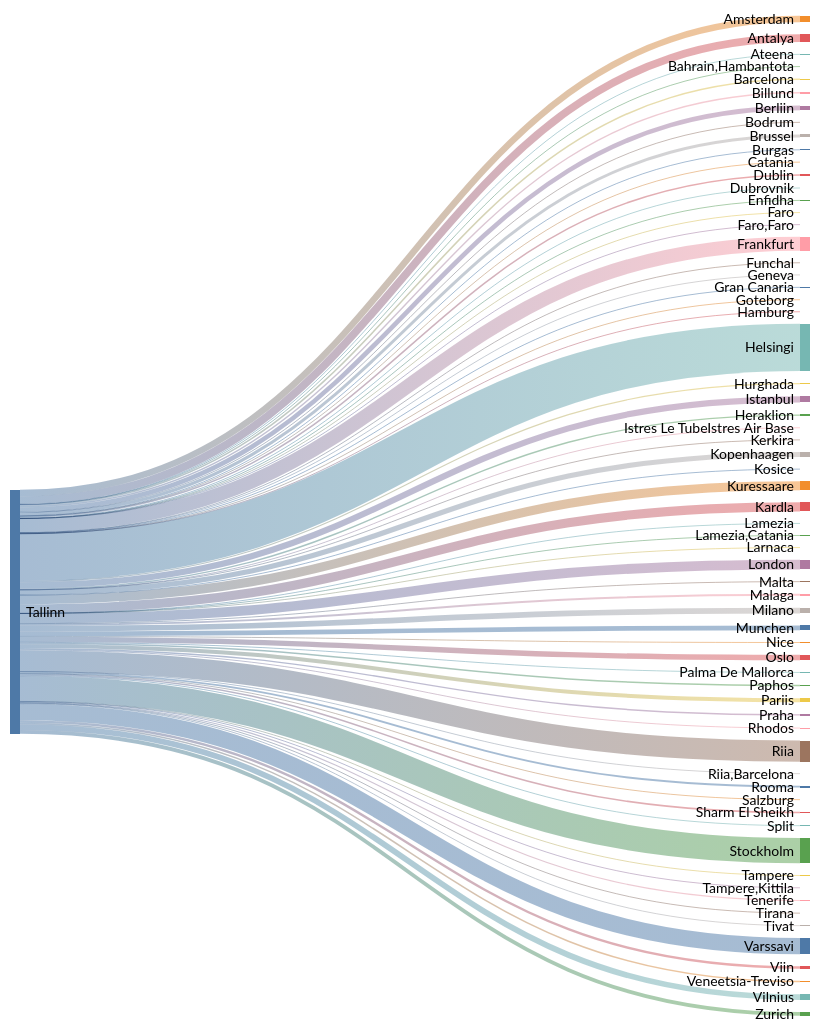
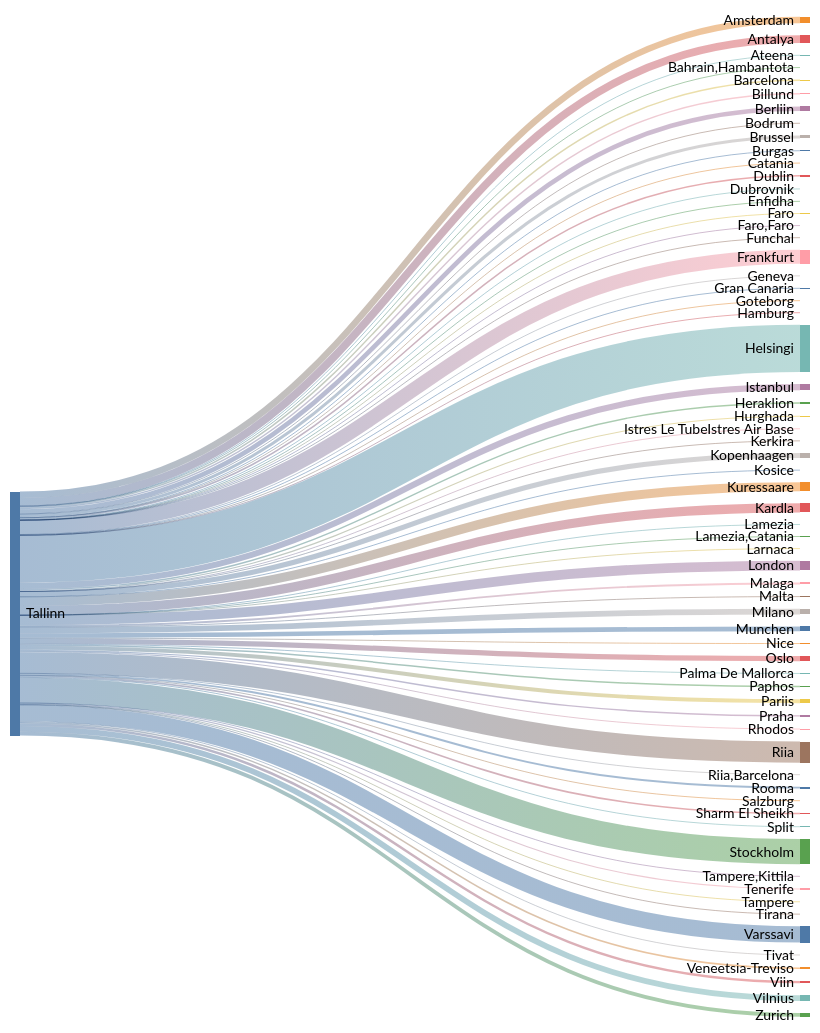
One commit to rainermesi/tll-airport-departures changed the second of 2 diagrams in README.md. Above: the diagram before and after it, drawn with Mermaid (forest theme). The commit also changed other lines of this file, not shown here.

````diff
--- a/README.md
+++ b/README.md
@@ -34,77 +34,77 @@
 ```mermaid
 ---
 config:
   sankey:
     showValues: false
     width: 800
     height: 1000
 ---
 sankey-beta
 %% source,target,value
-Tallinn,Amsterdam,220
+Tallinn,Amsterdam,221
 Tallinn,Antalya,264
 Tallinn,Ateena,16
 Tallinn,"Bahrain,Hambantota",1
 Tallinn,Barcelona,51
 Tallinn,Berliin,158
 Tallinn,Billund,49
 Tallinn,Bodrum,11
-Tallinn,Brussel,102
+Tallinn,Brussel,103
 Tallinn,Burgas,21
 Tallinn,Catania,2
 Tallinn,Dublin,52
 Tallinn,Dubrovnik,21
 Tallinn,Enfidha,7
 Tallinn,Faro,4
 Tallinn,"Faro,Faro",1
-Tallinn,Frankfurt,478
+Tallinn,Frankfurt,480
 Tallinn,Funchal,5
 Tallinn,Geneva,5
 Tallinn,Gran Canaria,25
 Tallinn,Goteborg,1
 Tallinn,Hamburg,1
-Tallinn,Helsingi,1612
+Tallinn,Helsingi,1621
 Tallinn,Heraklion,46
 Tallinn,Hurghada,38
-Tallinn,Istanbul,210
+Tallinn,Istanbul,211
 Tallinn,Istres Le TubeIstres Air Base,2
 Tallinn,Kerkira,4
-Tallinn,Kopenhaagen,176
+Tallinn,Kopenhaagen,177
 Tallinn,Kosice,1
-Tallinn,Kuressaare,311
-Tallinn,Kardla,311
+Tallinn,Kuressaare,313
+Tallinn,Kardla,313
 Tallinn,Lamezia,1
 Tallinn,"Lamezia,Catania",3
 Tallinn,Larnaca,4
-Tallinn,London,333
+Tallinn,London,335
 Tallinn,Malaga,65
 Tallinn,Malta,15
 Tallinn,Milano,193
-Tallinn,Munchen,160
+Tallinn,Munchen,161
 Tallinn,Nice,25
 Tallinn,Oslo,180
 Tallinn,Palma De Mallorca,19
 Tallinn,Paphos,51
 Tallinn,Pariis,134
 Tallinn,Praha,49
 Tallinn,Rhodos,32
-Tallinn,Riia,720
+Tallinn,Riia,724
 Tallinn,"Riia,Barcelona",1
-Tallinn,Rooma,64
+Tallinn,Rooma,65
 Tallinn,Salzburg,6
-Tallinn,Sharm El Sheikh,53
+Tallinn,Sharm El Sheikh,54
 Tallinn,Split,25
-Tallinn,Stockholm,858
+Tallinn,Stockholm,860
 Tallinn,Tampere,17
 Tallinn,"Tampere,Kittila",6
 Tallinn,Tenerife,38
 Tallinn,Tirana,8
 Tallinn,Tivat,26
-Tallinn,Varssavi,556
+Tallinn,Varssavi,559
 Tallinn,Veneetsia-Treviso,52
 Tallinn,Viin,83
-Tallinn,Vilnius,195
+Tallinn,Vilnius,196
 Tallinn,Zurich,130
 
 
 ```
````
